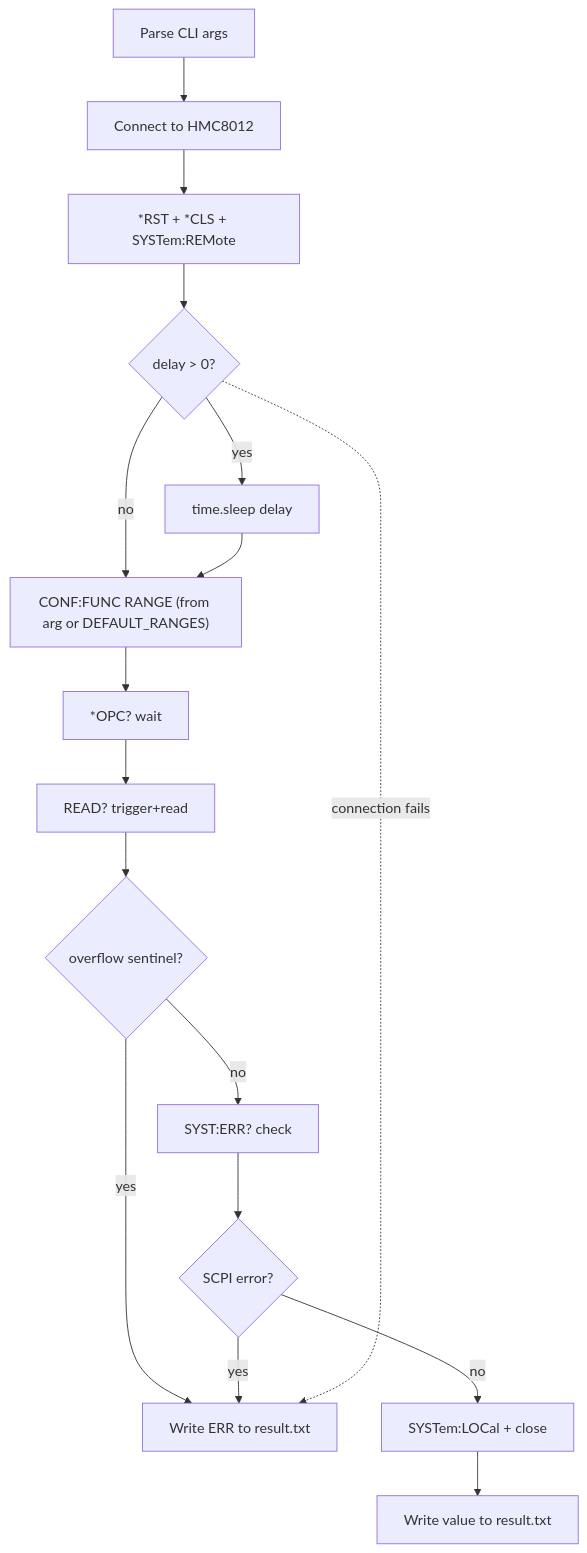
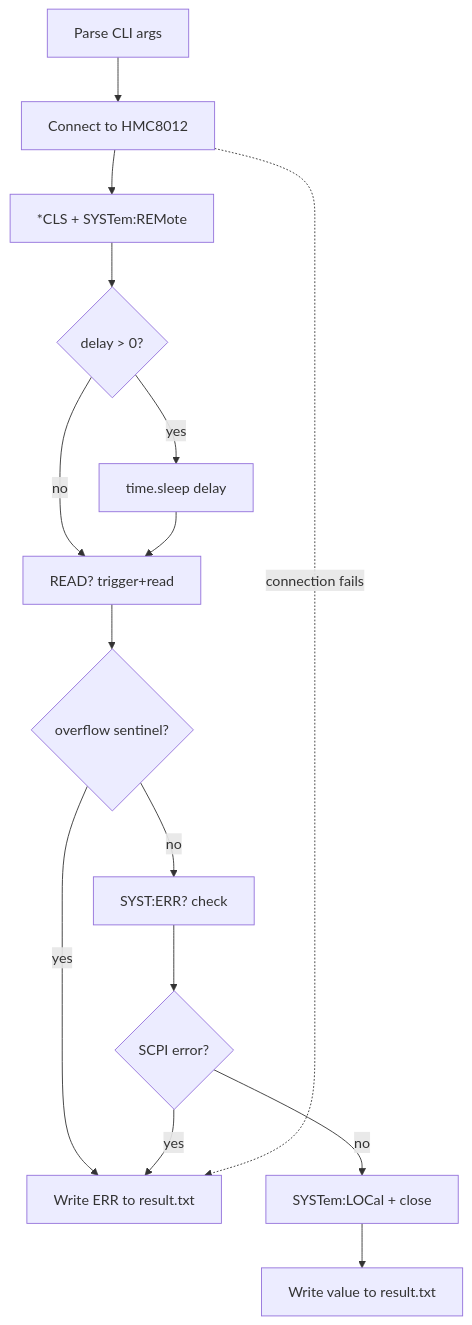
Before and after one commit to YarinCardillo/hmc8012-measure: the third of 4 diagrams in README.md, drawn with Mermaid. The commit also changed other lines of this file and 3 other files, not shown here.

````diff
--- a/README.md
+++ b/README.md
@@ -170,20 +184,18 @@
 ```mermaid
 flowchart TD
     A[Parse CLI args] --> B[Connect to HMC8012]
-    B --> C[*RST + *CLS + SYSTem:REMote]
+    B --> C[*CLS + SYSTem:REMote]
     C --> D{delay > 0?}
     D -- yes --> E[time.sleep delay]
     D -- no --> F
-    E --> F["CONF:FUNC RANGE (from arg or DEFAULT_RANGES)"]
-    F --> G[*OPC? wait]
-    G --> H[READ? trigger+read]
-    H --> I{overflow sentinel?}
-    I -- yes --> ERR[Write ERR to result.txt]
-    I -- no --> J[SYST:ERR? check]
-    J --> K{SCPI error?}
-    K -- yes --> ERR
-    K -- no --> L[SYSTem:LOCal + close]
-    L --> M[Write value to result.txt]
+    E --> F[READ? trigger+read]
+    F --> G{overflow sentinel?}
+    G -- yes --> ERR[Write ERR to result.txt]
+    G -- no --> H[SYST:ERR? check]
+    H --> I{SCPI error?}
+    I -- yes --> ERR
+    I -- no --> J[SYSTem:LOCal + close]
+    J --> K[Write value to result.txt]
 
-    D -.->|connection fails| ERR
+    B -.->|connection fails| ERR
 ```
````
